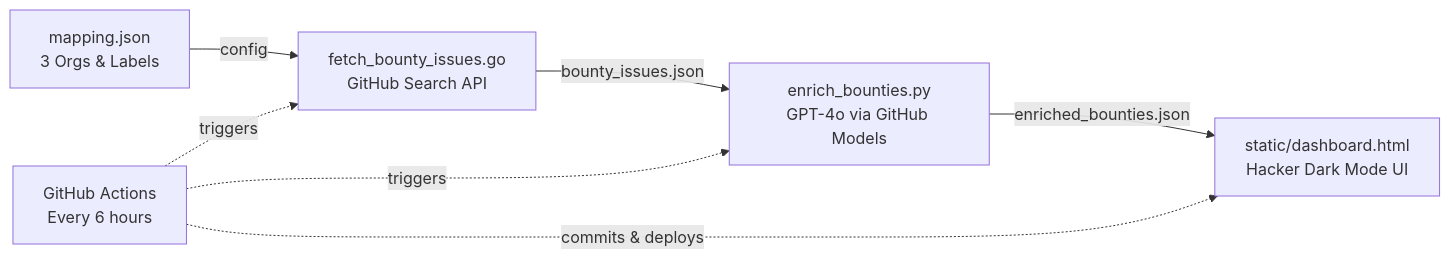
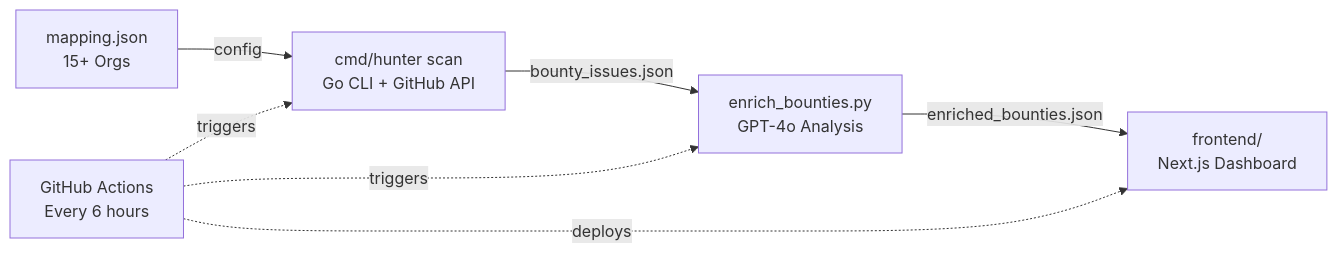
One commit to FuZoe/PD-Hunter changed the diagram in README.md. Above: the diagram before and after it, drawn with Mermaid. The commit also changed other lines of this file and 52 other files, not shown here.

````diff
--- a/README.md
+++ b/README.md
@@ -48,9 +66,9 @@
 ```mermaid
 flowchart LR
-    A[mapping.json<br/>3 Orgs & Labels] -->|config| B[fetch_bounty_issues.go<br/>GitHub Search API]
-    B -->|bounty_issues.json| C[enrich_bounties.py<br/>GPT-4o via GitHub Models]
-    C -->|enriched_bounties.json| D[static/dashboard.html<br/>Hacker Dark Mode UI]
+    A[mapping.json<br/>15+ Orgs] -->|config| B[cmd/hunter scan<br/>Go CLI + GitHub API]
+    B -->|bounty_issues.json| C[enrich_bounties.py<br/>GPT-4o Analysis]
+    C -->|enriched_bounties.json| D[frontend/<br/>Next.js Dashboard]
     E[GitHub Actions<br/>Every 6 hours] -.->|triggers| B
     E -.->|triggers| C
-    E -.->|commits & deploys| D
+    E -.->|deploys| D
 ```
````
